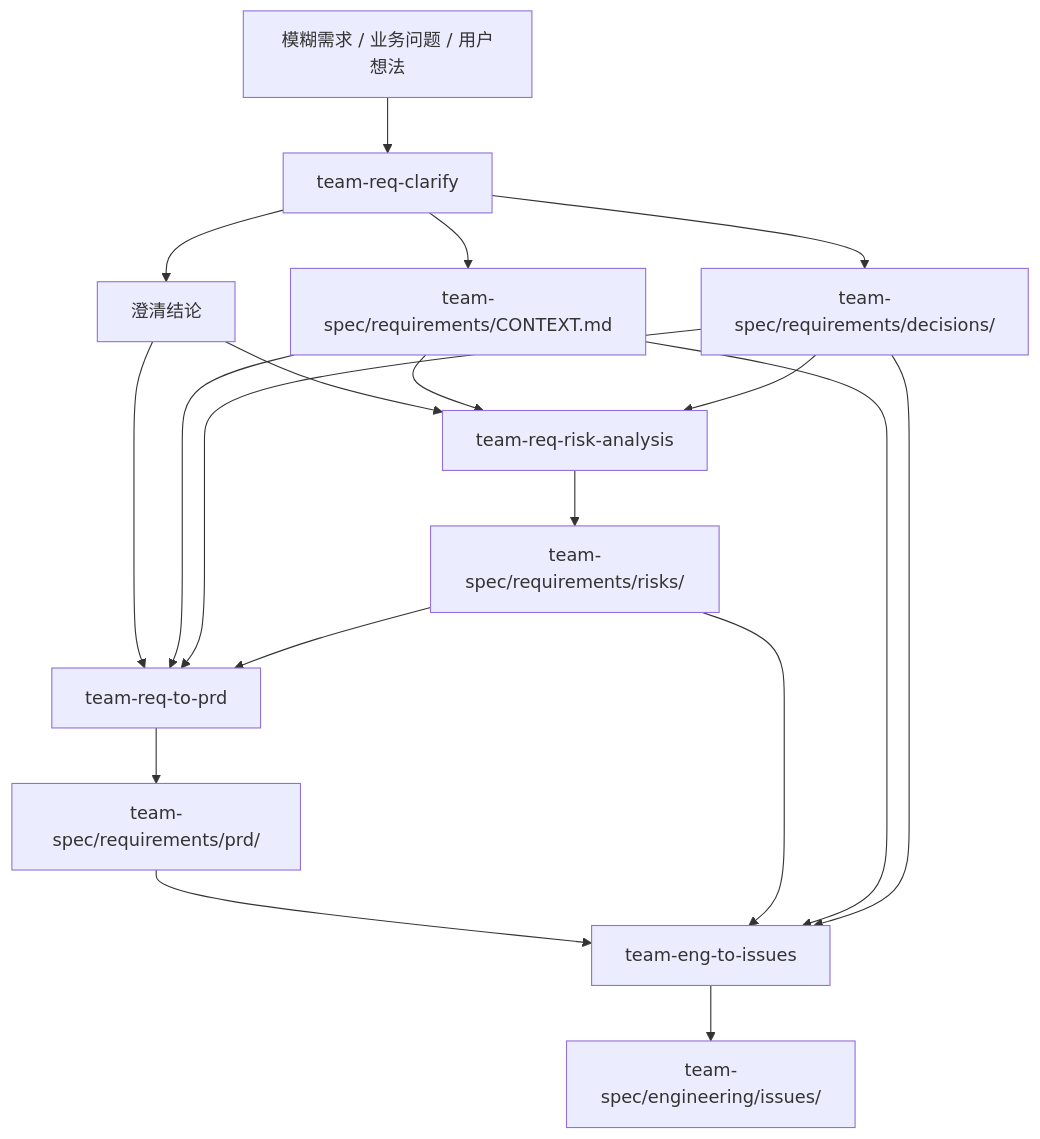
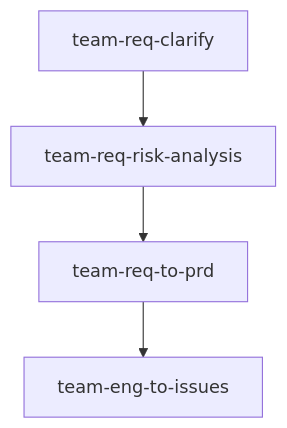
Before and after one commit to coolbeevip/team-ai-skills: the diagram in README.md, drawn with Mermaid.

````diff
--- a/README.md
+++ b/README.md
@@ -23,24 +23,6 @@
 ```mermaid
 flowchart TD
-    A[模糊需求 / 业务问题 / 用户想法] --> B[team-req-clarify]
-    B --> C[澄清结论]
-    B --> D[team-spec/requirements/CONTEXT.md]
-    B --> E[team-spec/requirements/decisions/]
-
-    C --> F[team-req-risk-analysis]
-    D --> F
-    E --> F
-    F --> G[team-spec/requirements/risks/]
-
-    C --> H[team-req-to-prd]
-    D --> H
-    E --> H
-    G --> H
-    H --> I[team-spec/requirements/prd/]
-
-    I --> J[team-eng-to-issues]
-    G --> J
-    D --> J
-    E --> J
-    J --> K[team-spec/engineering/issues/]
+    A[team-req-clarify] --> B[team-req-risk-analysis]
+    B --> C[team-req-to-prd]
+    C --> D[team-eng-to-issues]
 ```
````
